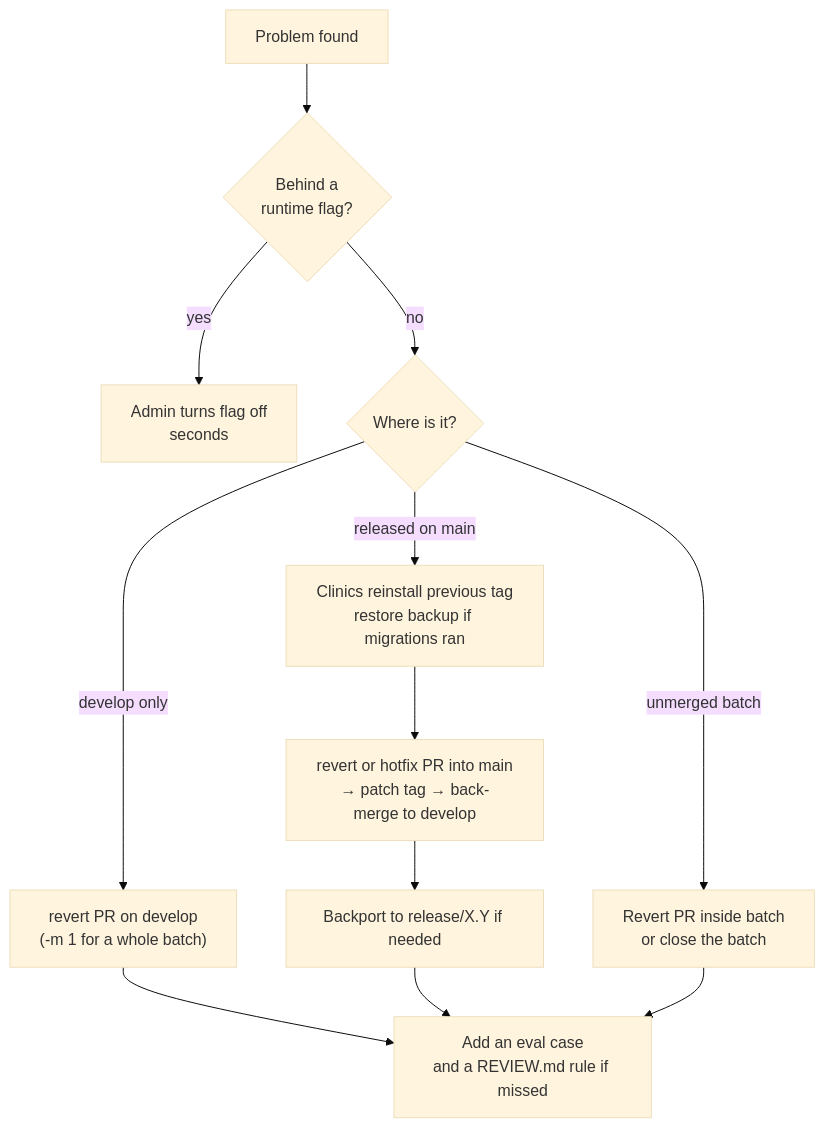
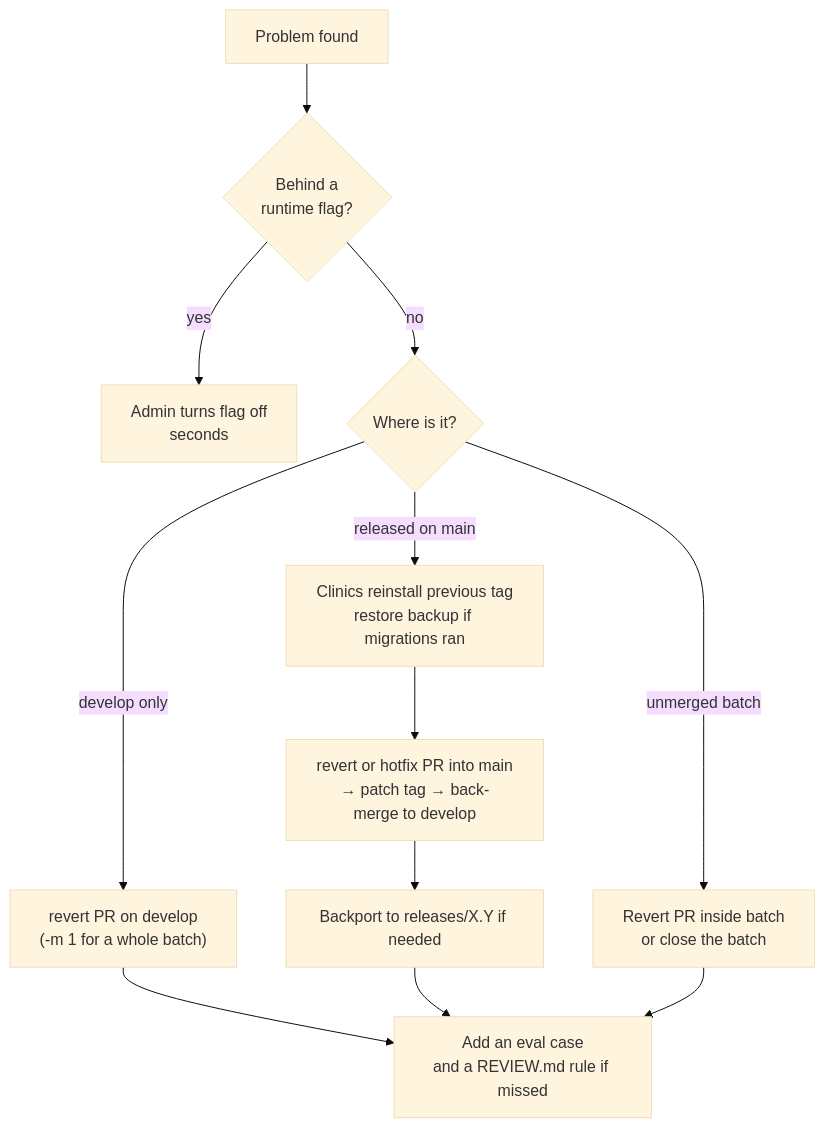
One commit to nsmela/qatrackplus changed the fifth of 5 diagrams in docs/agent-workflow/diagrams.md. Above: the diagram before and after it, drawn with Mermaid (base theme). The commit also changed other lines of this file and 2 other files, not shown here.

First line of the commit message:
Keep the existing releases/X.Y branch name in notes and REVIEW.md

````diff
--- a/docs/agent-workflow/diagrams.md
+++ b/docs/agent-workflow/diagrams.md
@@ -118,14 +118,14 @@
 ```mermaid
 flowchart TD
     P["Problem found"] --> F{"Behind a<br/>runtime flag?"}
     F -->|yes| F1["Admin turns flag off<br/>seconds"]
     F -->|no| W{"Where is it?"}
     W -->|unmerged batch| B1["Revert PR inside batch<br/>or close the batch"]
     W -->|develop only| R1["revert PR on develop<br/>(-m 1 for a whole batch)"]
     W -->|released on main| R2["Clinics reinstall previous tag<br/>restore backup if migrations ran"]
     R2 --> R3["revert or hotfix PR into main<br/>→ patch tag → back-merge to develop"]
-    R3 --> R4["Backport to release/X.Y if needed"]
+    R3 --> R4["Backport to releases/X.Y if needed"]
     R1 --> E["Add an eval case<br/>and a REVIEW.md rule if missed"]
     R4 --> E
     B1 --> E
 ```
````
